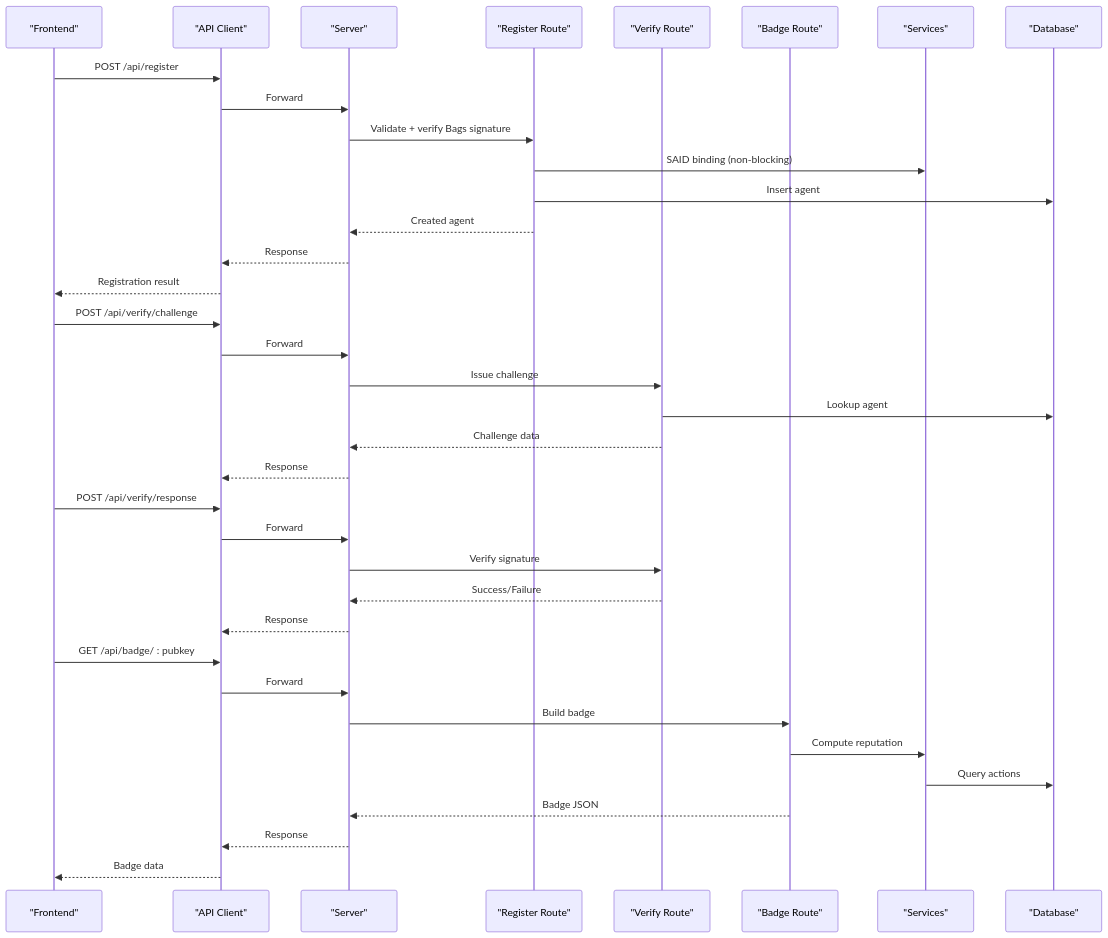
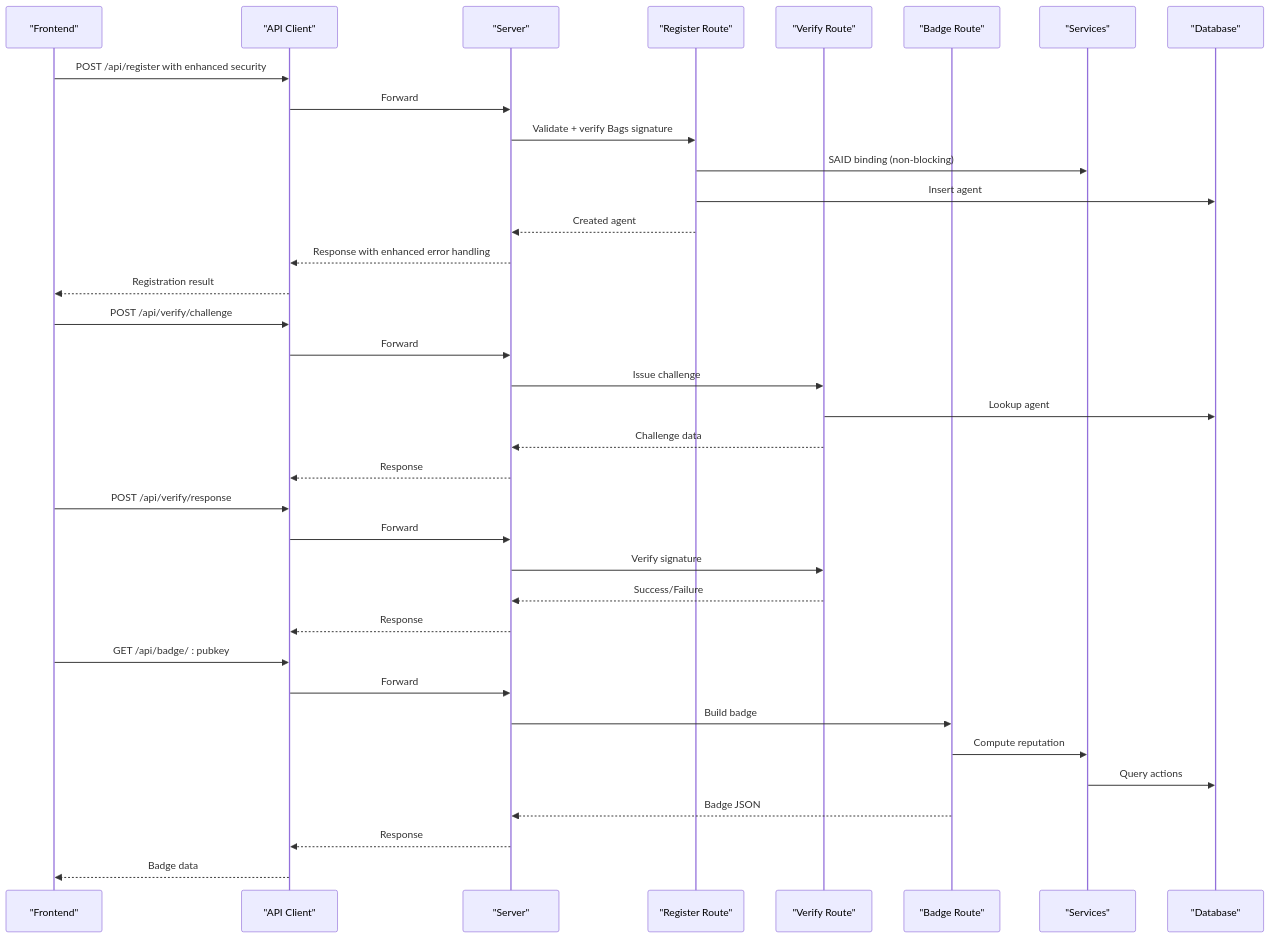
Before and after one commit to RunTimeAdmin/AgentID: the fifth of 7 diagrams in .qoder/repowiki/en/content/Frontend Application/Page Components/Demo Page.md, drawn with Mermaid. The commit also changed other lines of this file and 31 other files, not shown here.

````diff
--- a/.qoder/repowiki/en/content/Frontend Application/Page Components/Demo Page.md
+++ b/.qoder/repowiki/en/content/Frontend Application/Page Components/Demo Page.md
@@ -236,38 +256,38 @@
 ```mermaid
 sequenceDiagram
 participant FE as "Frontend"
 participant API as "API Client"
 participant SRV as "Server"
 participant REG as "Register Route"
 participant VER as "Verify Route"
 participant BAD as "Badge Route"
 participant SVC as "Services"
 participant DB as "Database"
-FE->>API : POST /api/register
+FE->>API : POST /api/register with enhanced security
 API->>SRV : Forward
 SRV->>REG : Validate + verify Bags signature
 REG->>SVC : SAID binding (non-blocking)
 REG->>DB : Insert agent
 REG-->>SRV : Created agent
-SRV-->>API : Response
+SRV-->>API : Response with enhanced error handling
 API-->>FE : Registration result
 FE->>API : POST /api/verify/challenge
 API->>SRV : Forward
 SRV->>VER : Issue challenge
 VER->>DB : Lookup agent
 VER-->>SRV : Challenge data
 SRV-->>API : Response
 FE->>API : POST /api/verify/response
 API->>SRV : Forward
 SRV->>VER : Verify signature
 VER-->>SRV : Success/Failure
 SRV-->>API : Response
 FE->>API : GET /api/badge/ : pubkey
 API->>SRV : Forward
 SRV->>BAD : Build badge
 BAD->>SVC : Compute reputation
 SVC->>DB : Query actions
 BAD-->>SRV : Badge JSON
 SRV-->>API : Response
 API-->>FE : Badge data
 ```
````
